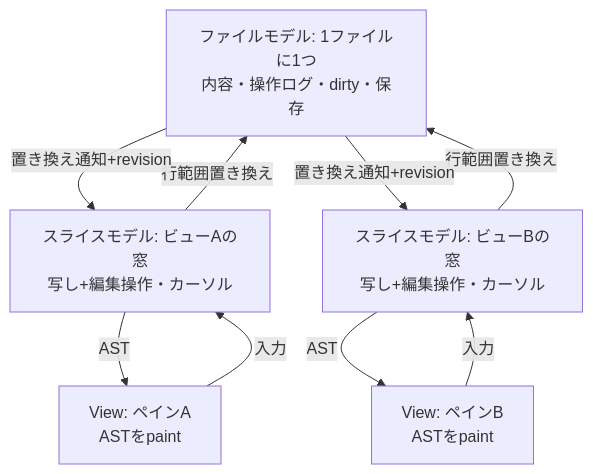
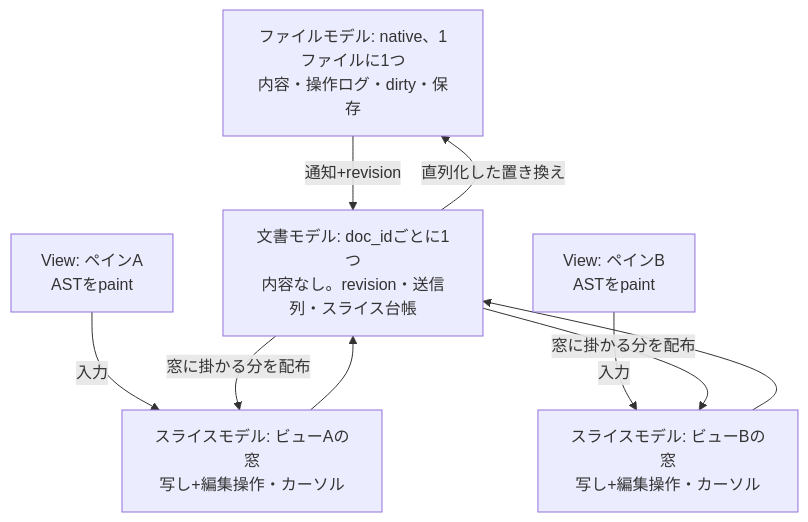
One commit to Motoyuki-Oya/math-editor changed the fifth of 6 diagrams in docs/architecture.md. Above: the diagram before and after it, drawn with Mermaid. The commit also changed other lines of this file and 1 other file, not shown here.

First line of the commit message:
Refine document consistency and revision handling.

````diff
--- a/docs/architecture.md
+++ b/docs/architecture.md
@@ -285,17 +314,18 @@
 ```mermaid
 flowchart TB
-    File[ファイルモデル: 1ファイルに1つ<br/>内容・操作ログ・dirty・保存]
+    File[ファイルモデル: native、1ファイルに1つ<br/>内容・操作ログ・dirty・保存]
+    Doc[文書モデル: doc_idごとに1つ<br/>内容なし。revision・送信列・スライス台帳]
     S1[スライスモデル: ビューAの窓<br/>写し+編集操作・カーソル]
     S2[スライスモデル: ビューBの窓<br/>写し+編集操作・カーソル]
     V1[View: ペインA<br/>ASTをpaint]
     V2[View: ペインB<br/>ASTをpaint]
 
     V1 -- 入力 --> S1
     V2 -- 入力 --> S2
-    S1 -- 行範囲置き換え --> File
-    S2 -- 行範囲置き換え --> File
-    File -- 置き換え通知+revision --> S1
-    File -- 置き換え通知+revision --> S2
-    S1 -- AST --> V1
-    S2 -- AST --> V2
+    S1 --> Doc
+    S2 --> Doc
+    Doc -- 直列化した置き換え --> File
+    File -- 通知+revision --> Doc
+    Doc -- 窓に掛かる分を配布 --> S1
+    Doc -- 窓に掛かる分を配布 --> S2
 ```
````
